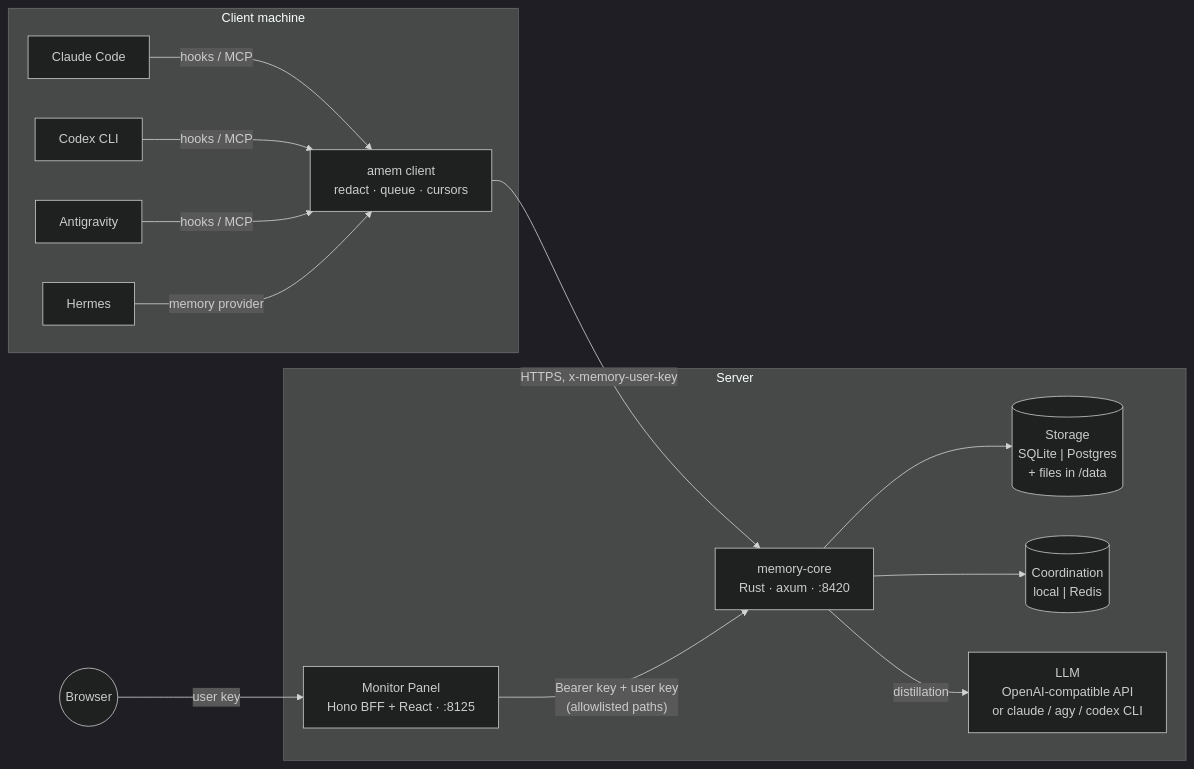
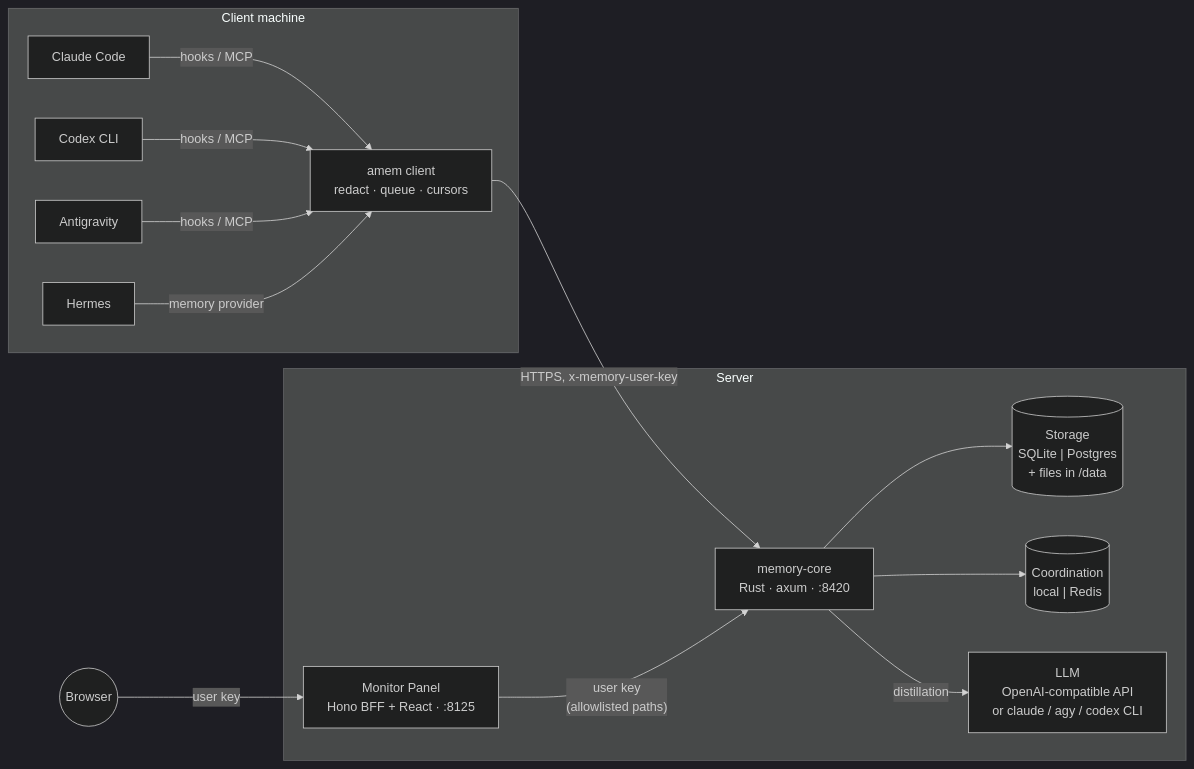
Before and after one commit to hsuanshao/AgentMemory: the first of 12 diagrams in docs/ARCHITECTURE.md, drawn with Mermaid (dark theme). The commit also changed other lines of this file and 28 other files, not shown here.

First line of the commit message:
fix(auth): department routes take the department's user keys; the server key is the operator's (#68)

````diff
--- a/docs/ARCHITECTURE.md
+++ b/docs/ARCHITECTURE.md
@@ -24,23 +24,23 @@
 ```mermaid
 flowchart LR
   subgraph Client machine
     CC[Claude Code] -- hooks / MCP --> AMEM
     CX[Codex CLI] -- hooks / MCP --> AMEM
     AGY[Antigravity] -- hooks / MCP --> AMEM
     HER[Hermes] -- memory provider --> AMEM
     AMEM["amem client<br/>redact · queue · cursors"]
   end
   subgraph Server
     CORE["memory-core<br/>Rust · axum · :8420"]
     PANEL["Monitor Panel<br/>Hono BFF + React · :8125"]
     STORE[("Storage<br/>SQLite | Postgres<br/>+ files in /data")]
     COORD[("Coordination<br/>local | Redis")]
     LLM["LLM<br/>OpenAI-compatible API<br/>or claude / agy / codex CLI"]
   end
   Browser((Browser)) -- user key --> PANEL
   AMEM -- "HTTPS, x-memory-user-key" --> CORE
-  PANEL -- "Bearer key + user key<br/>(allowlisted paths)" --> CORE
+  PANEL -- "user key<br/>(allowlisted paths)" --> CORE
   CORE --> STORE
   CORE --> COORD
   CORE -- distillation --> LLM
 ```
````
